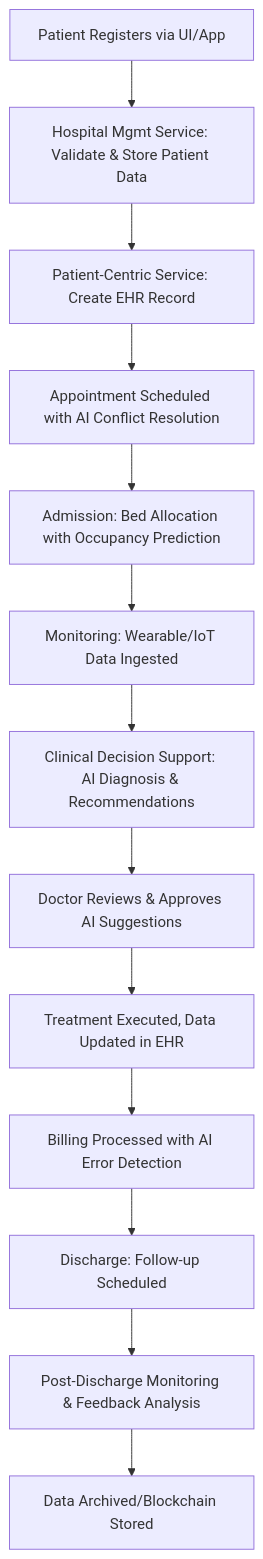
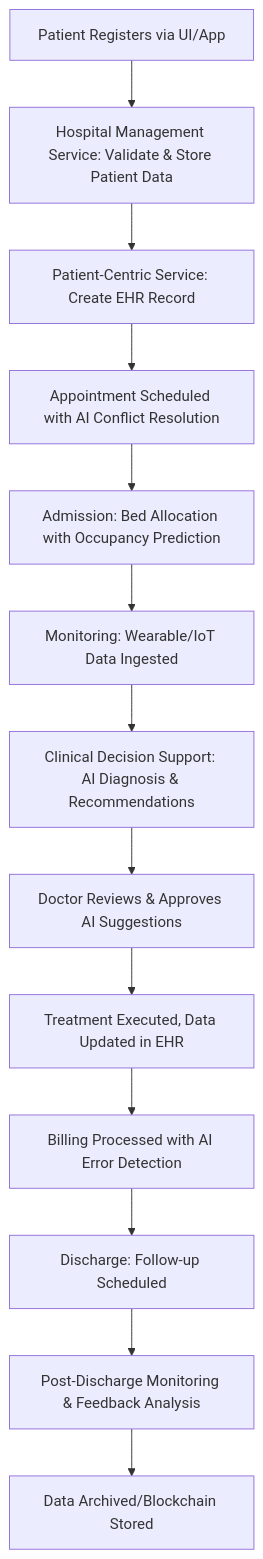
One commit to Girii-397/Projects changed the first of 10 diagrams in docs/data-flow-diagrams.md. Above: the diagram before and after it, drawn with Mermaid. The commit also changed 14 other files, not shown here.

Commit message:
Add hospital integration features: onboarding, data sync, security, monitoring

````diff
--- a/docs/data-flow-diagrams.md
+++ b/docs/data-flow-diagrams.md
@@ -6,15 +6,15 @@
 ```mermaid
 flowchart TD
-    A[Patient Registers via UI/App] --> B[Hospital Mgmt Service: Validate & Store Patient Data]
+    A[Patient Registers via UI/App] --> B[Hospital Management Service: Validate & Store Patient Data]
     B --> C[Patient-Centric Service: Create EHR Record]
     C --> D[Appointment Scheduled with AI Conflict Resolution]
     D --> E[Admission: Bed Allocation with Occupancy Prediction]
     E --> F[Monitoring: Wearable/IoT Data Ingested]
     F --> G[Clinical Decision Support: AI Diagnosis & Recommendations]
     G --> H[Doctor Reviews & Approves AI Suggestions]
     H --> I[Treatment Executed, Data Updated in EHR]
     I --> J[Billing Processed with AI Error Detection]
     J --> K[Discharge: Follow-up Scheduled]
     K --> L[Post-Discharge Monitoring & Feedback Analysis]
     L --> M[Data Archived/Blockchain Stored]
 ```
````
